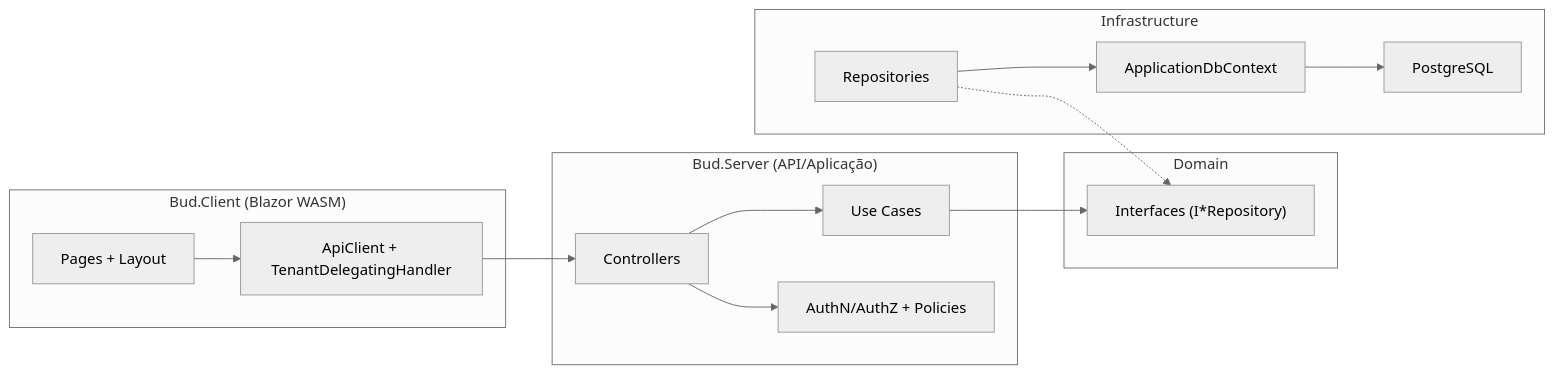
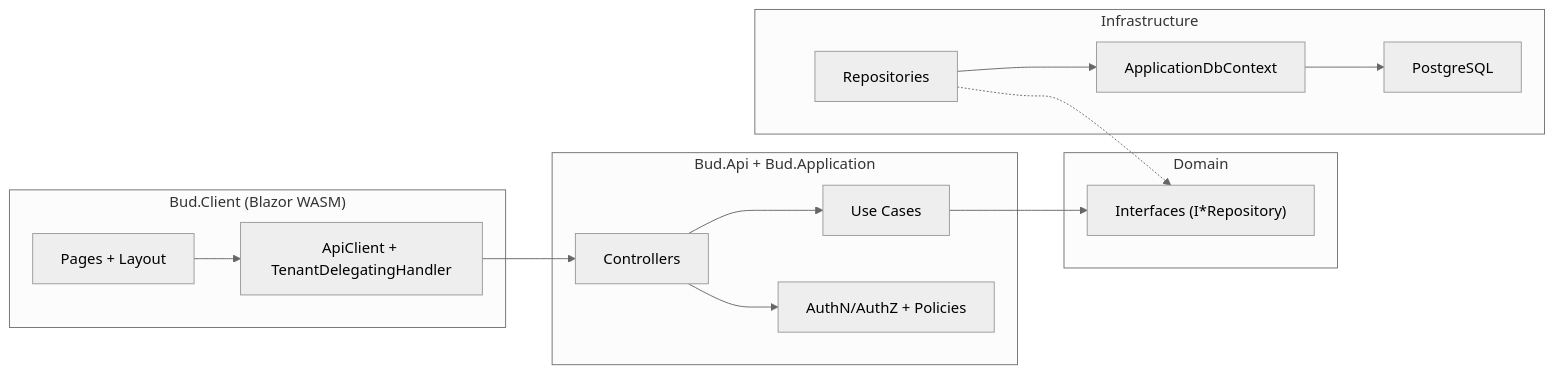
Before and after one commit to dsbraz/bud: the ninth of 11 diagrams in README.md, drawn with Mermaid (neutral theme). The commit also changed other lines of this file and 806 other files, not shown here.

Commit message:
refactor: split server into api application domain infrastructure

````diff
--- a/README.md
+++ b/README.md
@@ -451,32 +450,32 @@
 ```mermaid
 flowchart LR
     subgraph Client["Bud.Client (Blazor WASM)"]
       UI["Pages + Layout"]
       ApiClient["ApiClient + TenantDelegatingHandler"]
     end
 
-    subgraph Api["Bud.Server (API/Aplicação)"]
+    subgraph Api["Bud.Api + Bud.Application"]
       Controllers["Controllers"]
       UseCases["Use Cases"]
       Authz["AuthN/AuthZ + Policies"]
     end
 
     subgraph DomainLayer["Domain"]
       RepoInterfaces["Interfaces (I*Repository)"]
     end
 
     subgraph Infra["Infrastructure"]
       Repos["Repositories"]
       Db["ApplicationDbContext"]
       Pg["PostgreSQL"]
     end
 
     UI --> ApiClient
     ApiClient --> Controllers
     Controllers --> UseCases
     UseCases --> RepoInterfaces
     Repos -.-> RepoInterfaces
     Controllers --> Authz
     Repos --> Db
     Db --> Pg
 ```
````
